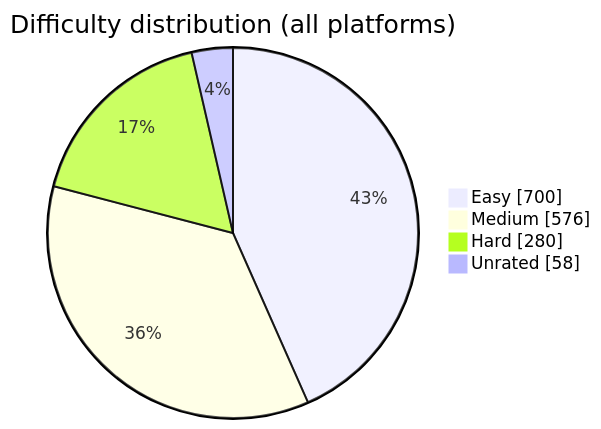
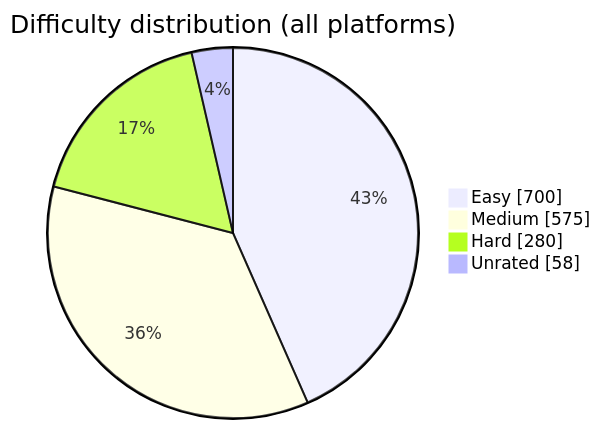
Before and after one commit to BuildbyArindam/Daily-Coding-Log: the diagram in README.md, drawn with Mermaid. The commit also changed other lines of this file, not shown here.

````diff
--- a/README.md
+++ b/README.md
@@ -93,7 +93,7 @@
 ```mermaid
 pie showData title Difficulty distribution (all platforms)
     "Easy" : 700
-    "Medium" : 576
+    "Medium" : 575
     "Hard" : 280
     "Unrated" : 58
 ```
````
